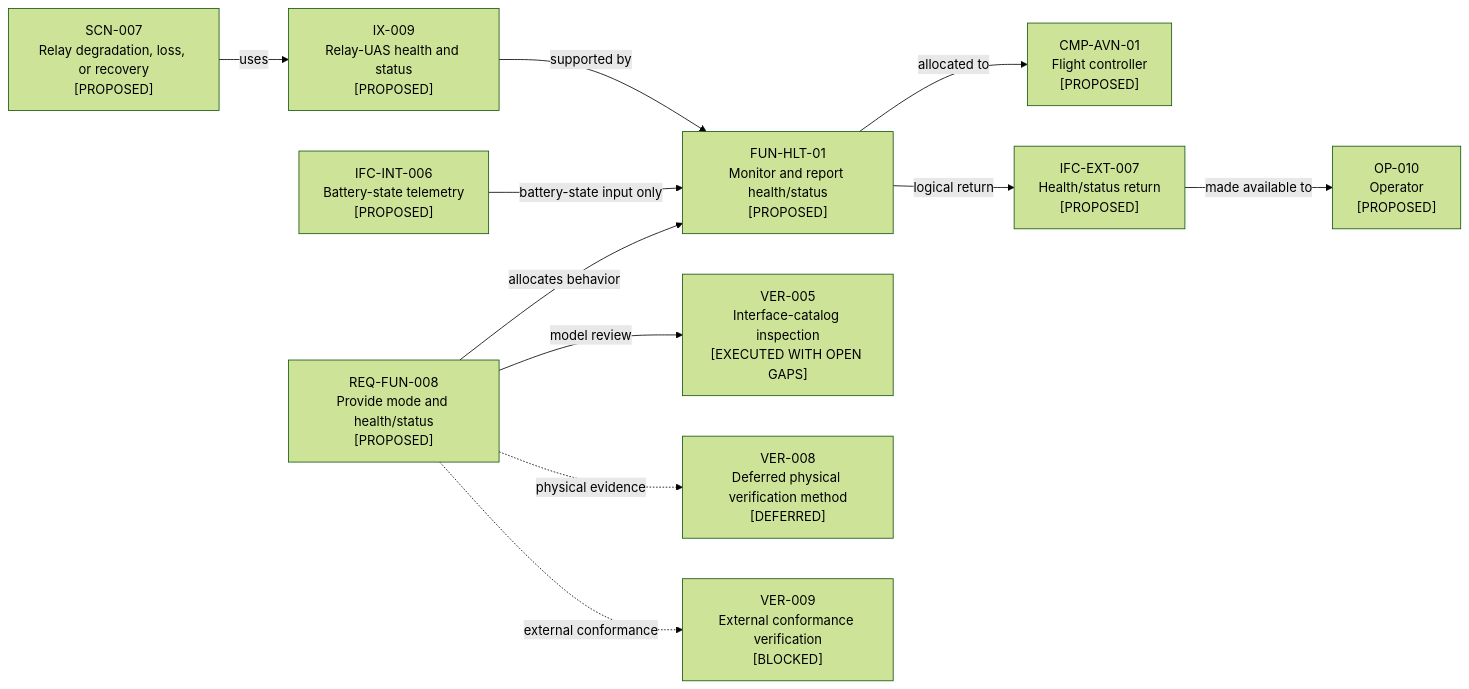
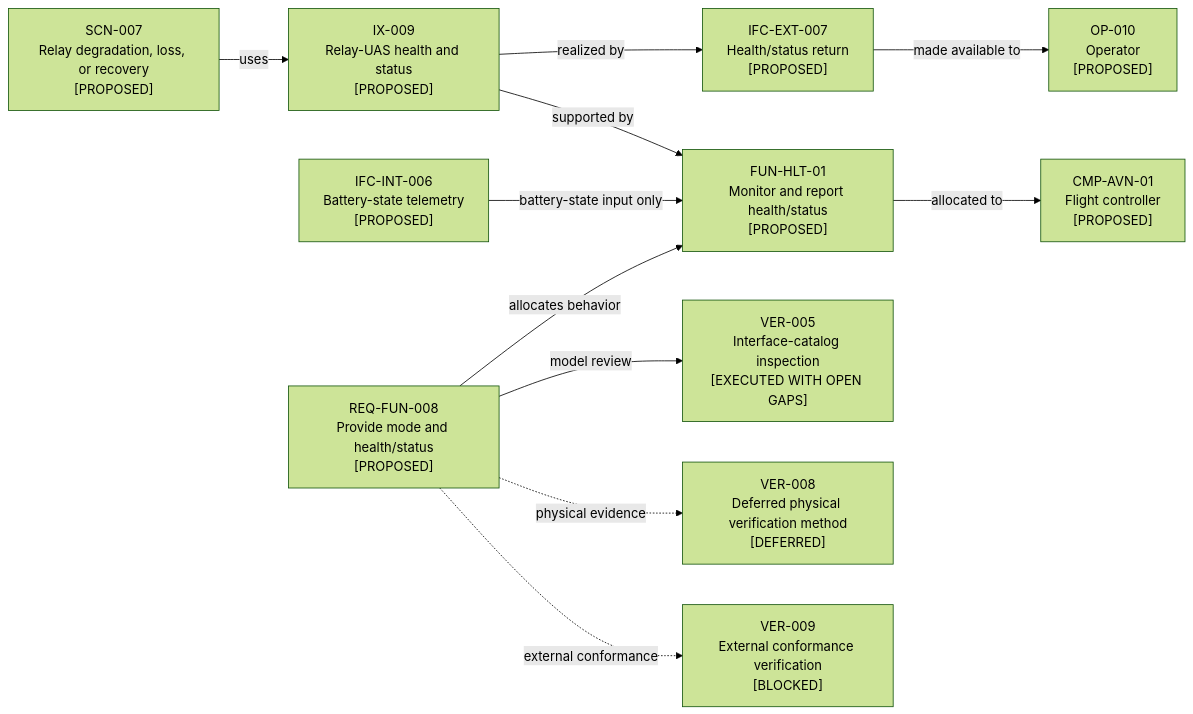
Before and after one commit to noahstephenson/low-cost-relay-uas: diagram 17 of 22 in reports/architecture-views.md, drawn with Mermaid (forest theme). The commit also changed other lines of this file and 11 other files, not shown here.

````diff
--- a/reports/architecture-views.md
+++ b/reports/architecture-views.md
@@ -390,25 +391,25 @@
 ```mermaid
 flowchart LR
     %% Configuration scope: CFG-REP / CFG-DOM
     SCN_007["SCN-007<br/>Relay degradation, loss, or recovery<br/>[PROPOSED]"]
     IX_009["IX-009<br/>Relay-UAS health and status<br/>[PROPOSED]"]
     IFC_INT_006["IFC-INT-006<br/>Battery-state telemetry<br/>[PROPOSED]"]
     FUN_HLT_01["FUN-HLT-01<br/>Monitor and report health/status<br/>[PROPOSED]"]
     CMP_AVN_01["CMP-AVN-01<br/>Flight controller<br/>[PROPOSED]"]
     IFC_EXT_007["IFC-EXT-007<br/>Health/status return<br/>[PROPOSED]"]
     OP_010["OP-010<br/>Operator<br/>[PROPOSED]"]
     REQ_FUN_008["REQ-FUN-008<br/>Provide mode and health/status<br/>[PROPOSED]"]
     VER_005["VER-005<br/>Interface-catalog inspection<br/>[EXECUTED WITH OPEN GAPS]"]
     VER_008["VER-008<br/>Deferred physical verification method<br/>[DEFERRED]"]
     VER_009["VER-009<br/>External conformance verification<br/>[BLOCKED]"]
     SCN_007 -->|"uses"| IX_009
     IX_009 -->|"supported by"| FUN_HLT_01
     IFC_INT_006 -->|"battery-state input only"| FUN_HLT_01
     FUN_HLT_01 -->|"allocated to"| CMP_AVN_01
-    FUN_HLT_01 -->|"logical return"| IFC_EXT_007
+    IX_009 -->|"realized by"| IFC_EXT_007
     IFC_EXT_007 -->|"made available to"| OP_010
     REQ_FUN_008 -->|"allocates behavior"| FUN_HLT_01
     REQ_FUN_008 -->|"model review"| VER_005
     REQ_FUN_008 -.->|"physical evidence"| VER_008
     REQ_FUN_008 -.->|"external conformance"| VER_009
 ```
````
